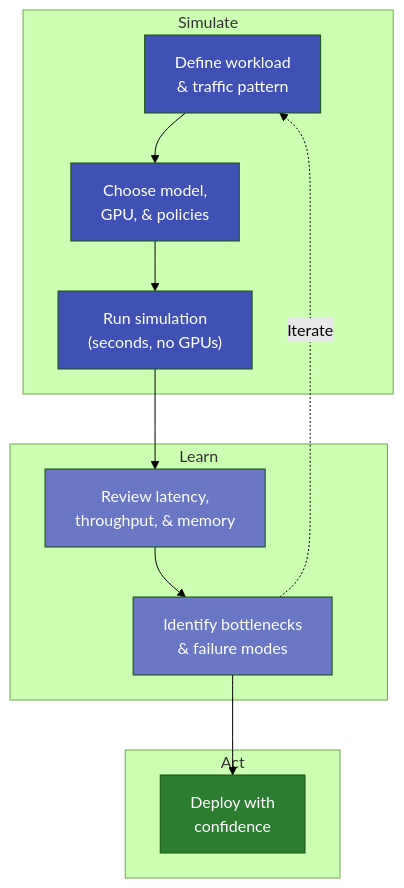
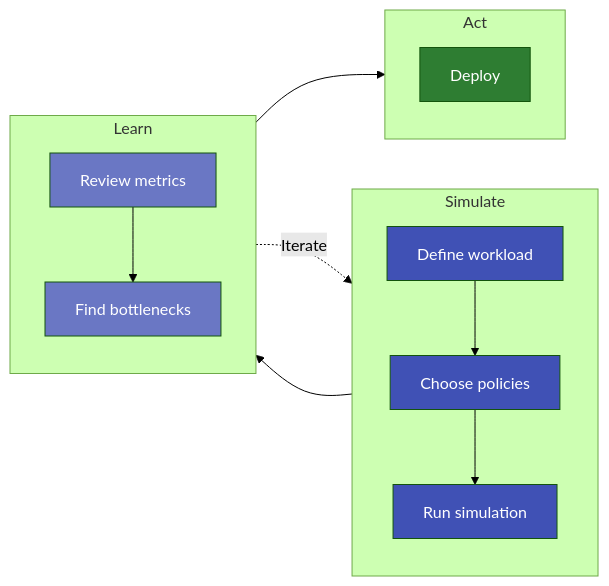
One commit to inference-sim/inference-sim changed the third of 4 diagrams in docs/blog/posts/why-simulate-before-you-scale.md. Above: the diagram before and after it, drawn with Mermaid (forest theme).

Commit message:
fix(docs): clean up simulate-learn-act diagram layout
Switch from TB to LR flow with internal TB subgraphs and shorter
node labels so the three phases read left-to-right without cramped
vertical stacking.

````diff
--- a/docs/blog/posts/why-simulate-before-you-scale.md
+++ b/docs/blog/posts/why-simulate-before-you-scale.md
@@ -82,25 +82,24 @@
 ```mermaid
-flowchart TB
+flowchart LR
     subgraph simulate ["Simulate"]
-        S1["Define workload<br>& traffic pattern"]
-        S2["Choose model,<br>GPU, & policies"]
-        S3["Run simulation<br>(seconds, no GPUs)"]
+        direction TB
+        S1["Define workload"] --> S2["Choose policies"] --> S3["Run simulation"]
     end
     subgraph learn ["Learn"]
-        L1["Review latency,<br>throughput, & memory"]
-        L2["Identify bottlenecks<br>& failure modes"]
+        direction TB
+        L1["Review metrics"] --> L2["Find bottlenecks"]
     end
     subgraph act ["Act"]
-        A1["Deploy with<br>confidence"]
+        A1["Deploy"]
     end
 
-    S1 --> S2 --> S3 --> L1 --> L2 --> A1
+    simulate --> learn --> act
     L2 -.->|"Iterate"| S1
 
     style S1 fill:#4051b5,color:#fff
     style S2 fill:#4051b5,color:#fff
     style S3 fill:#4051b5,color:#fff
     style L1 fill:#6a77c4,color:#fff
     style L2 fill:#6a77c4,color:#fff
     style A1 fill:#2e7d32,color:#fff
 ```
````
